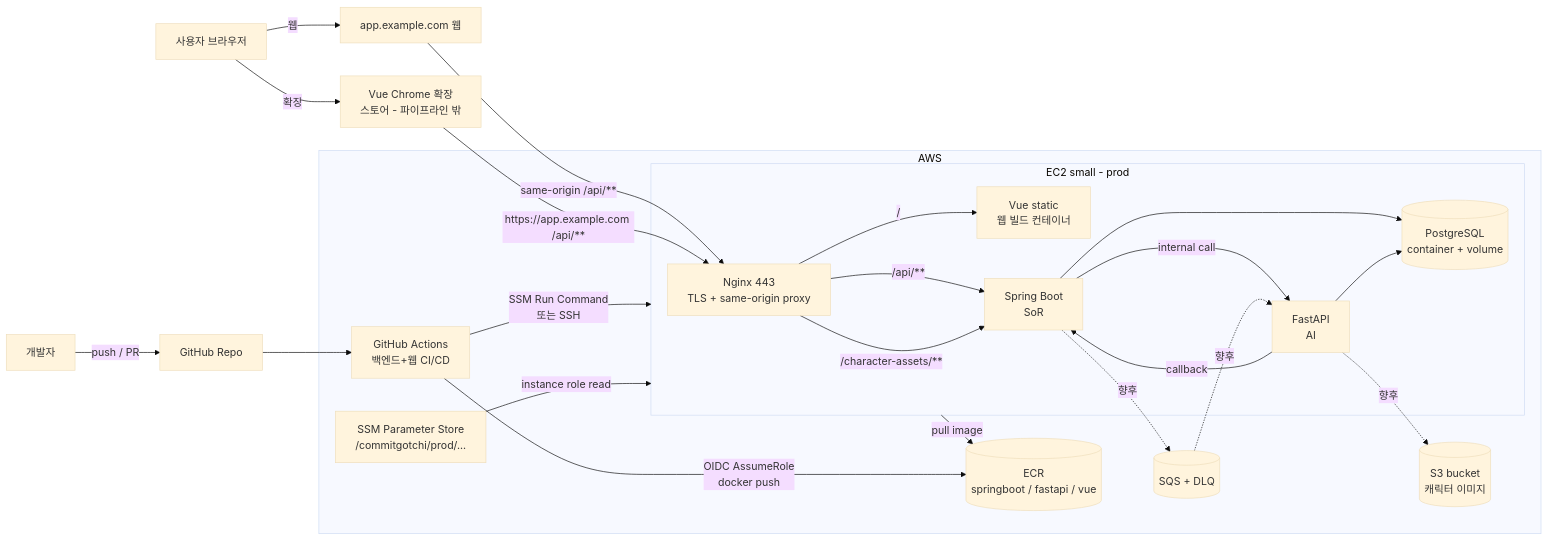
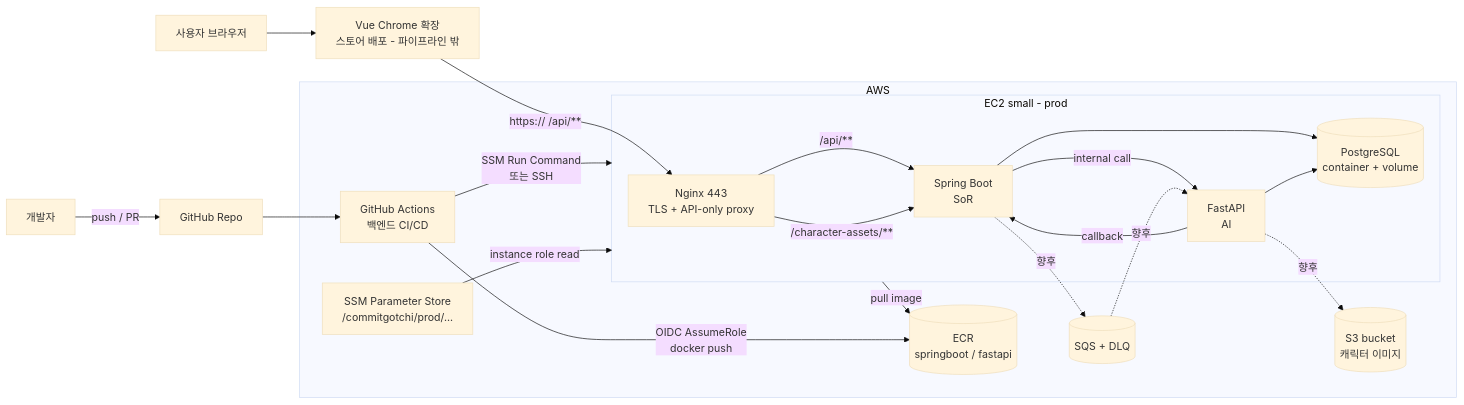
The diagram in docs/mvp-cicd-pipeline-plan.md (YunAndDong/commitgotchi), drawn with Mermaid (base theme) before and after one commit. The commit also changed other lines of this file and 7 other files, not shown here.

First line of the commit message:
docs: realign infra docs to extension-only (Vue excluded from deploy, API-only Nginx)

````diff
--- a/docs/mvp-cicd-pipeline-plan.md
+++ b/docs/mvp-cicd-pipeline-plan.md
@@ -75,38 +70,34 @@
 ```mermaid
 flowchart LR
     Dev[개발자] -->|push / PR| GH[GitHub Repo]
-    GH --> GA[GitHub Actions<br/>백엔드+웹 CI/CD]
+    GH --> GA[GitHub Actions<br/>백엔드 CI/CD]
 
-    User[사용자 브라우저] -->|웹| WebApp[app.example.com 웹]
-    User -->|확장| Ext[Vue Chrome 확장<br/>스토어 - 파이프라인 밖]
+    User[사용자 브라우저] --> Ext[Vue Chrome 확장<br/>스토어 배포 - 파이프라인 밖]
 
     subgraph AWS
-      GA -->|OIDC AssumeRole<br/>docker push| ECR[(ECR<br/>springboot / fastapi / vue)]
+      GA -->|OIDC AssumeRole<br/>docker push| ECR[(ECR<br/>springboot / fastapi)]
       GA -->|SSM Run Command<br/>또는 SSH| EC2
 
       subgraph EC2[EC2 small - prod]
-        NGINX[Nginx 443<br/>TLS + same-origin proxy]
-        VUEC[Vue static<br/>웹 빌드 컨테이너]
+        NGINX[Nginx 443<br/>TLS + API-only proxy]
         SB[Spring Boot<br/>SoR]
         FA[FastAPI<br/>AI]
         PG[(PostgreSQL<br/>container + volume)]
 
-        NGINX -->|/| VUEC
         NGINX -->|/api/**| SB
         NGINX -->|/character-assets/**| SB
         SB -->|internal call| FA
         FA -->|callback| SB
         SB --> PG
         FA --> PG
       end
 
       EC2 -->|pull image| ECR
       SSM[SSM Parameter Store<br/>/commitgotchi/prod/...] -->|instance role read| EC2
       FA -.->|향후| S3[(S3 bucket<br/>캐릭터 이미지)]
       SB -.->|향후| SQS[(SQS + DLQ)]
       SQS -.->|향후| FA
     end
 
-    WebApp -->|same-origin /api/**| NGINX
-    Ext -->|https://app.example.com /api/**| NGINX
+    Ext -->|https://<api-domain> /api/**| NGINX
 ```
````
